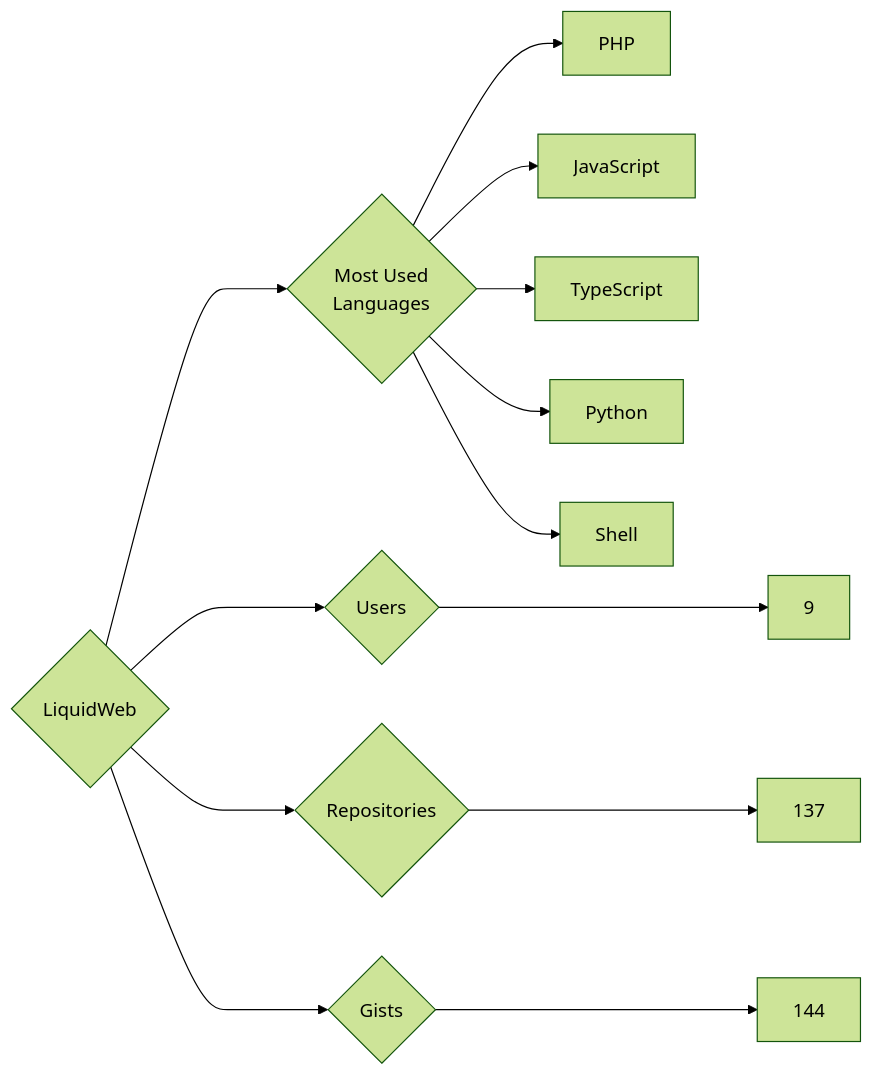
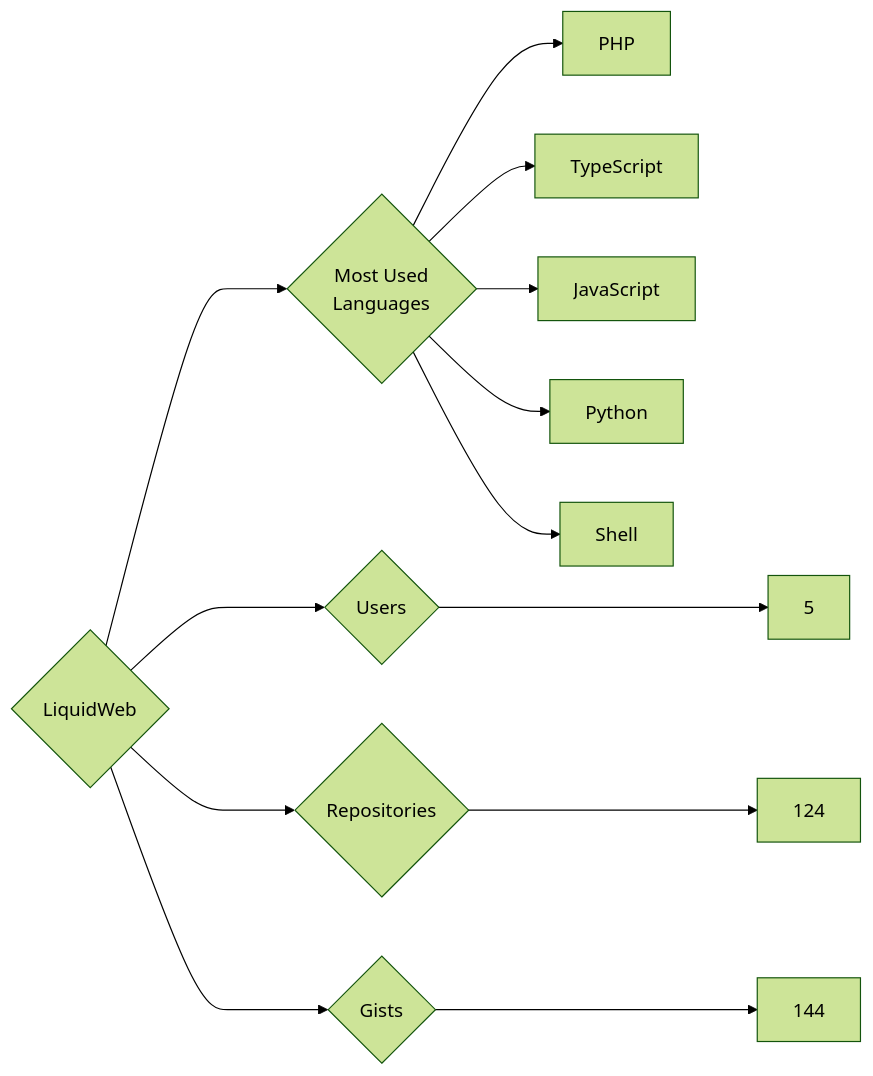
The diagram in targets/LiquidWeb/README.md (trickest/insiders), drawn with Mermaid (forest theme) before and after one commit. The commit also changed 1248 other files, not shown here.

````diff
--- a/targets/LiquidWeb/README.md
+++ b/targets/LiquidWeb/README.md
@@ -3,13 +3,13 @@
 ```mermaid
 graph LR
 COMPANY_NAME{LiquidWeb}
-COMPANY_NAME ---> U{Users} ---> UN[9]
-COMPANY_NAME ---> R{Repositories} ---> RN[137]
+COMPANY_NAME ---> U{Users} ---> UN[5]
+COMPANY_NAME ---> R{Repositories} ---> RN[124]
 COMPANY_NAME ---> G{Gists} ---> GN[144]
 COMPANY_NAME ---> ML{Most Used<br>Languages}
 ML --> PHP[PHP]
+ML --> TypeScript[TypeScript]
 ML --> JavaScript[JavaScript]
-ML --> TypeScript[TypeScript]
 ML --> Python[Python]
 ML --> Shell[Shell]
 ```
````
